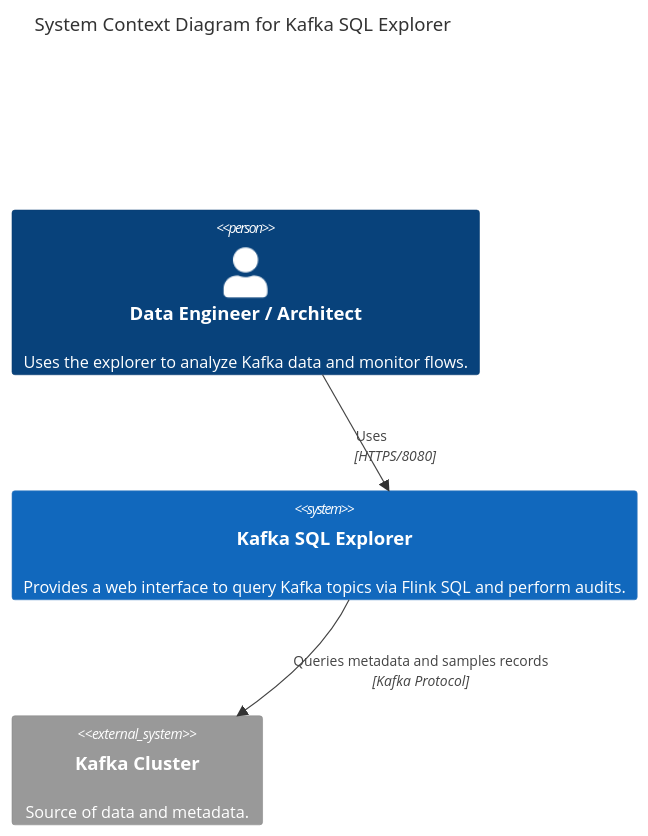
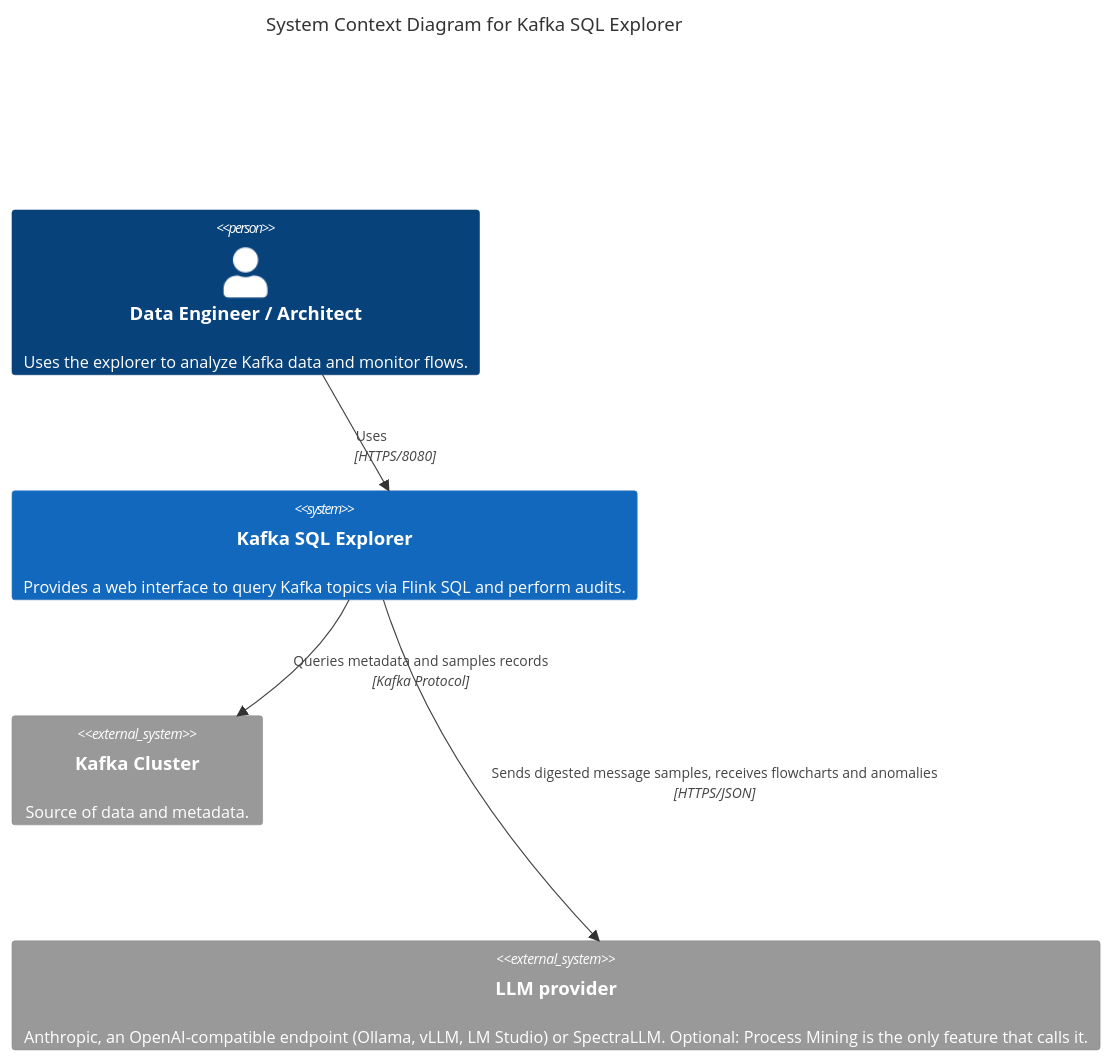
Before and after one commit to devdownin/Kafkaexplorer: the first of 3 diagrams in docs/architecture.md, drawn with Mermaid. The commit also changed other lines of this file and 6 other files, not shown here.

````diff
--- a/docs/architecture.md
+++ b/docs/architecture.md
@@ -7,11 +7,13 @@
 ```mermaid
 C4Context
     title System Context Diagram for Kafka SQL Explorer
 
     Person(user, "Data Engineer / Architect", "Uses the explorer to analyze Kafka data and monitor flows.")
     System(explorer, "Kafka SQL Explorer", "Provides a web interface to query Kafka topics via Flink SQL and perform audits.")
     System_Ext(kafka, "Kafka Cluster", "Source of data and metadata.")
+    System_Ext(llm, "LLM provider", "Anthropic, an OpenAI-compatible endpoint (Ollama, vLLM, LM Studio) or SpectraLLM. Optional: Process Mining is the only feature that calls it.")
 
     Rel(user, explorer, "Uses", "HTTPS/8080")
     Rel(explorer, kafka, "Queries metadata and samples records", "Kafka Protocol")
+    Rel(explorer, llm, "Sends digested message samples, receives flowcharts and anomalies", "HTTPS/JSON")
 ```
````
